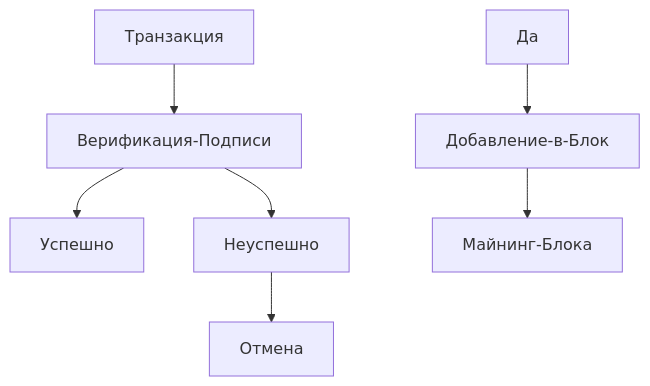
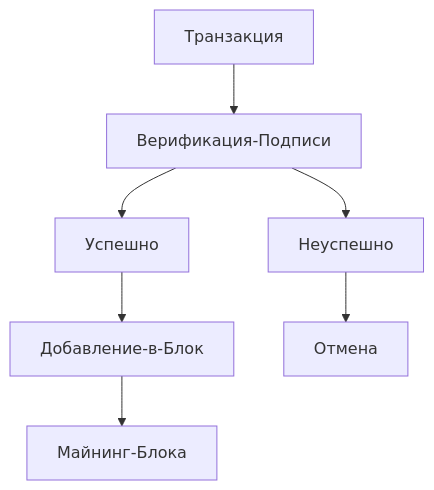
Before and after one commit to LaPedrik/Blockchain-Client: the diagram in README.md, drawn with Mermaid.

````diff
--- a/README.md
+++ b/README.md
@@ -12,9 +12,9 @@
 ```mermaid
 graph TD;
     Транзакция-->Верификация-Подписи;
     Верификация-Подписи-->Успешно;
     Верификация-Подписи-->Неуспешно;
-    Да-->Добавление-в-Блок;
+    Успешно-->Добавление-в-Блок;
     Добавление-в-Блок-->Майнинг-Блока;
     Неуспешно-->Отмена;
 ```
````
